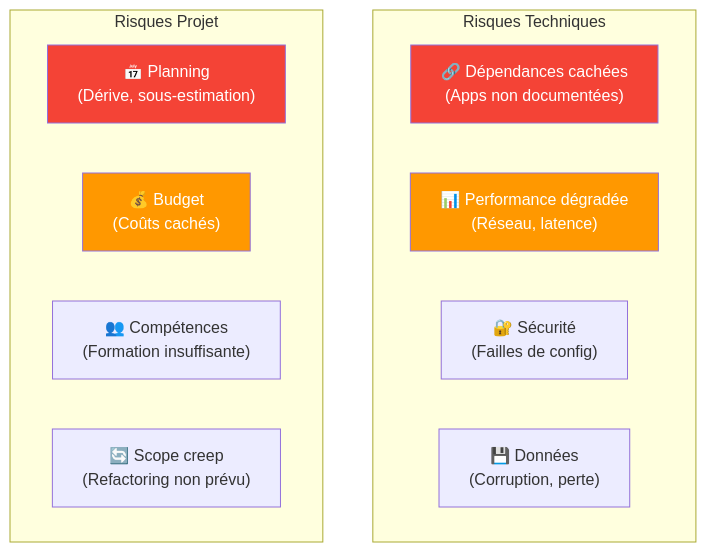
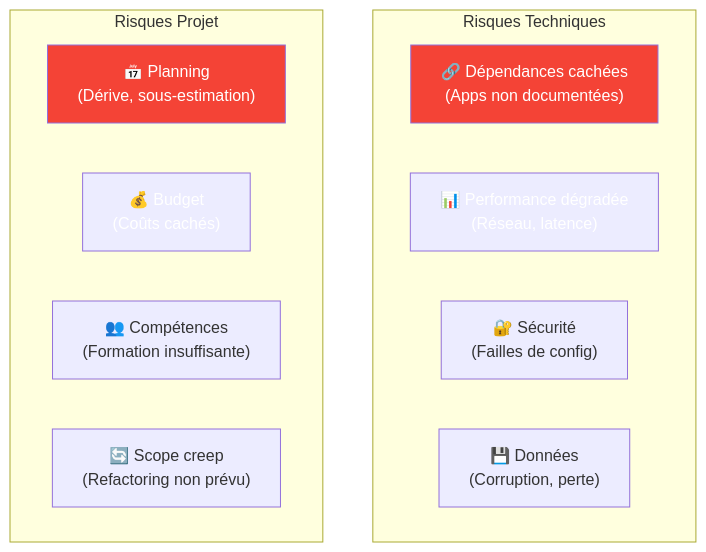
Before and after one commit to VBlackJack/ShellBook: diagram 13 of 15 in docs/formations/cloud-fundamentals/11-module.md, drawn with Mermaid. The commit also changed other lines of this file and 337 other files, not shown here.

First line of the commit message:
refactor(docs): Standardize code blocks and Mermaid colors

````diff
--- a/docs/formations/cloud-fundamentals/11-module.md
+++ b/docs/formations/cloud-fundamentals/11-module.md
@@ -405,21 +405,21 @@
 ```mermaid
 graph TB
     subgraph "Risques Techniques"
         R1["🔗 Dépendances cachées<br/>(Apps non documentées)"]
         R2["📊 Performance dégradée<br/>(Réseau, latence)"]
         R3["🔐 Sécurité<br/>(Failles de config)"]
         R4["💾 Données<br/>(Corruption, perte)"]
     end
 
     subgraph "Risques Projet"
         R5["📅 Planning<br/>(Dérive, sous-estimation)"]
         R6["💰 Budget<br/>(Coûts cachés)"]
         R7["👥 Compétences<br/>(Formation insuffisante)"]
         R8["🔄 Scope creep<br/>(Refactoring non prévu)"]
     end
 
     style R1 fill:#f44336,color:#fff
-    style R2 fill:#ff9800,color:#fff
+    style R2 fill:#FF9800800800,color:#fff
     style R5 fill:#f44336,color:#fff
-    style R6 fill:#ff9800,color:#fff
+    style R6 fill:#FF9800800800,color:#fff
 ```
````
